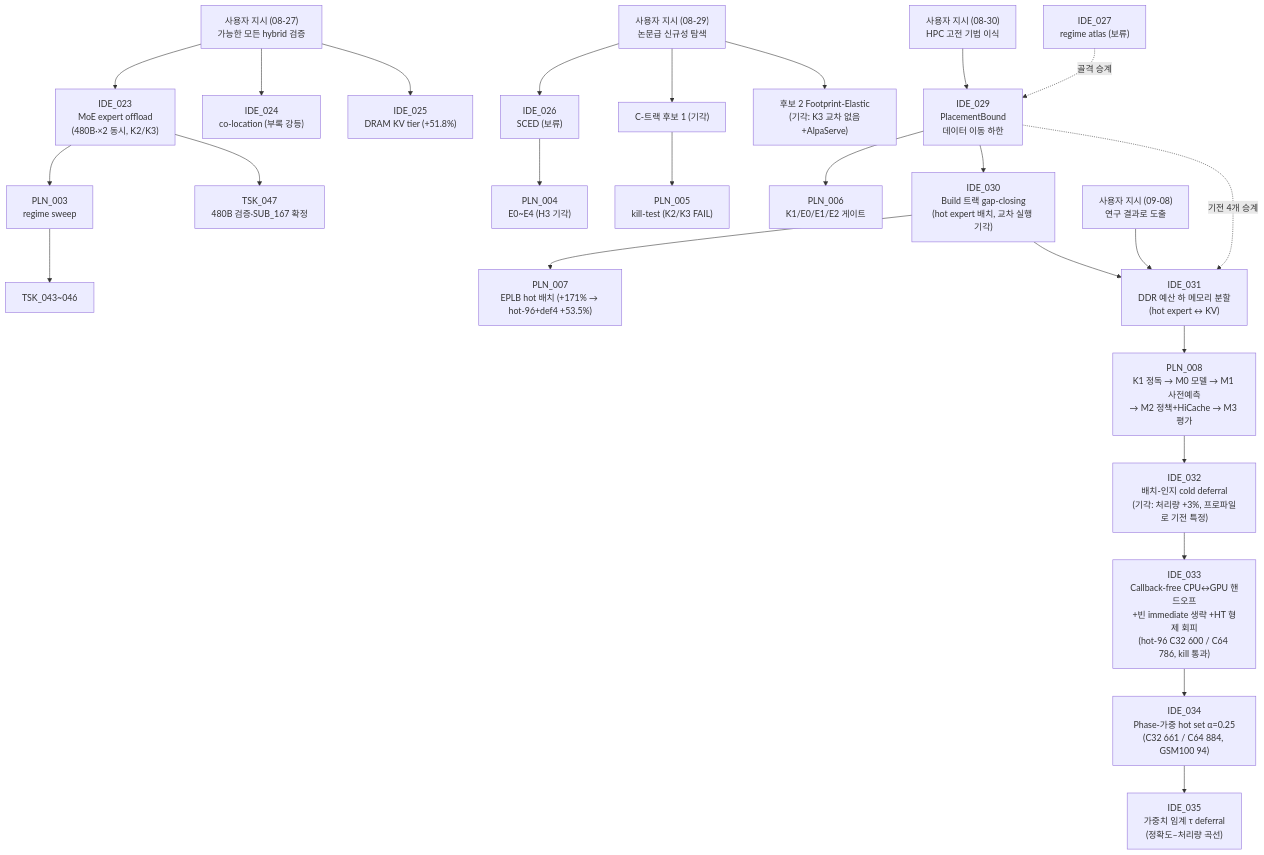
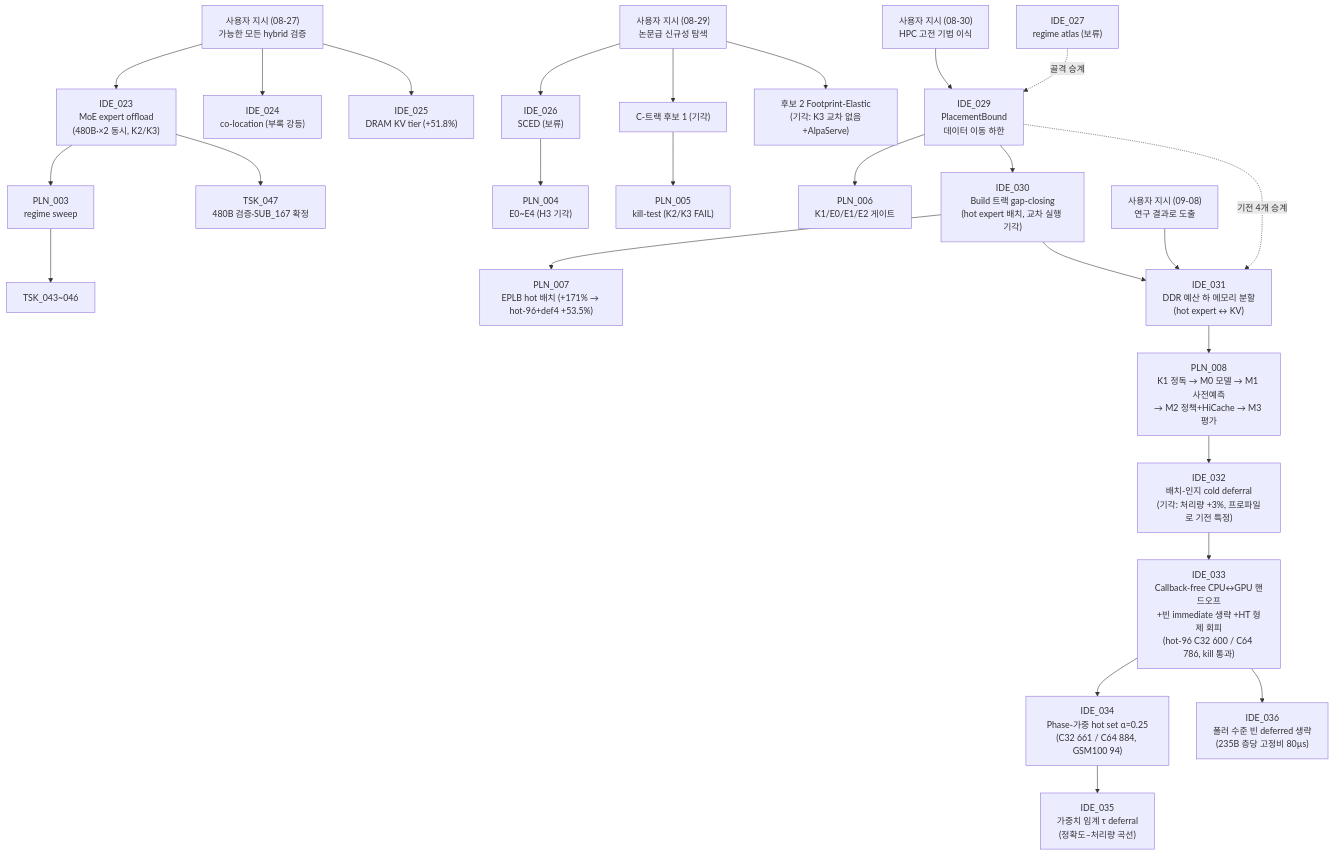
The second of 2 diagrams in shadow_assists/README.md (mystous/vllm_hybrid), drawn with Mermaid before and after one commit. The commit also changed 1 other file, not shown here.

Commit message:
ids: IDE_036 (폴러 수준 빈 deferred 생략) 발급·사전 등록

````diff
--- a/shadow_assists/README.md
+++ b/shadow_assists/README.md
@@ -270,27 +270,28 @@
 ```mermaid
 graph TD
     U27["사용자 지시 (08-27)<br/>가능한 모든 hybrid 검증"] --> IDE_023["IDE_023<br/>MoE expert offload<br/>(480B·×2 동시, K2/K3)"]
     U27 --> IDE_024["IDE_024<br/>co-location (부록 강등)"]
     U27 --> IDE_025["IDE_025<br/>DRAM KV tier (+51.8%)"]
     IDE_023 --> PLN_003["PLN_003<br/>regime sweep"]
     PLN_003 --> TSK_043["TSK_043~046"]
     IDE_023 --> TSK_047["TSK_047<br/>480B 검증·SUB_167 확정"]
     UN["사용자 지시 (08-29)<br/>논문급 신규성 탐색"] --> IDE_026["IDE_026<br/>SCED (보류)"]
     IDE_026 --> PLN_004["PLN_004<br/>E0~E4 (H3 기각)"]
     UN --> C1["C-트랙 후보 1 (기각)"]
     C1 --> PLN_005["PLN_005<br/>kill-test (K2/K3 FAIL)"]
     UN --> FP["후보 2 Footprint-Elastic<br/>(기각: K3 교차 없음+AlpaServe)"]
     UH["사용자 지시 (08-30)<br/>HPC 고전 기법 이식"] --> IDE_029["IDE_029<br/>PlacementBound<br/>데이터 이동 하한"]
     IDE_027["IDE_027<br/>regime atlas (보류)"] -.골격 승계.-> IDE_029
     IDE_029 --> PLN_006["PLN_006<br/>K1/E0/E1/E2 게이트"]
     IDE_029 --> IDE_030["IDE_030<br/>Build 트랙 gap-closing<br/>(hot expert 배치, 교차 실행 기각)"]
     IDE_030 --> PLN_007["PLN_007<br/>EPLB hot 배치 (+171% → hot-96+def4 +53.5%)"]
     UP["사용자 지시 (09-08)<br/>연구 결과로 도출"] --> IDE_031["IDE_031<br/>DDR 예산 하 메모리 분할<br/>(hot expert ↔ KV)"]
     IDE_030 --> IDE_031
     IDE_029 -.기전 4개 승계.-> IDE_031
     IDE_031 --> PLN_008["PLN_008<br/>K1 정독 → M0 모델 → M1 사전예측<br/>→ M2 정책+HiCache → M3 평가"]
     PLN_008 --> IDE_032["IDE_032<br/>배치-인지 cold deferral<br/>(기각: 처리량 +3%, 프로파일로 기전 특정)"]
     IDE_032 --> IDE_033["IDE_033<br/>Callback-free CPU↔GPU 핸드오프<br/>+빈 immediate 생략 +HT 형제 회피<br/>(hot-96 C32 600 / C64 786, kill 통과)"]
     IDE_033 --> IDE_034["IDE_034<br/>Phase-가중 hot set α=0.25<br/>(C32 661 / C64 884, GSM100 94)"]
     IDE_034 --> IDE_035["IDE_035<br/>가중치 임계 τ deferral<br/>(정확도–처리량 곡선)"]
+    IDE_033 --> IDE_036["IDE_036<br/>폴러 수준 빈 deferred 생략<br/>(235B 층당 고정비 80µs)"]
 ```
````
